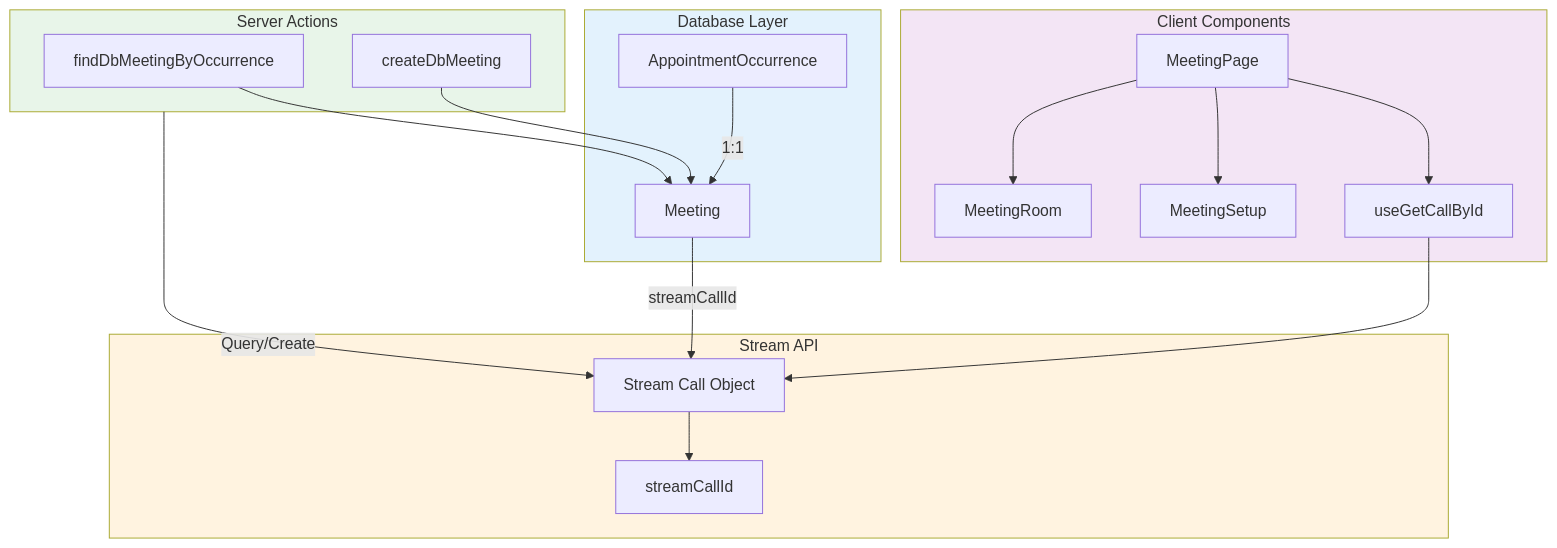
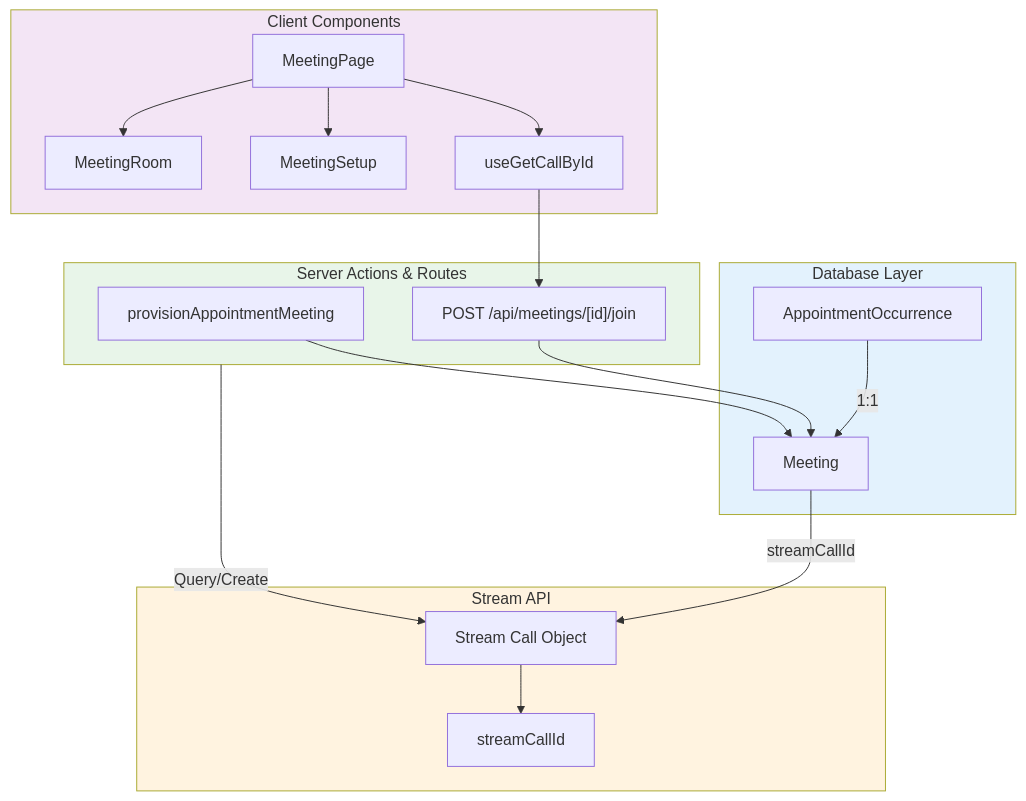
The first of 2 diagrams in docs/stream/05-video-implementation.md (Practitionist/familiarise_web), drawn with Mermaid before and after one commit. The commit also changed other lines of this file and 34 other files, not shown here.

````diff
--- a/docs/stream/05-video-implementation.md
+++ b/docs/stream/05-video-implementation.md
@@ -50,41 +53,41 @@
 ```mermaid
 graph TB
     subgraph Database["Database Layer"]
         Slot[AppointmentOccurrence]
         Meeting[Meeting]
         Slot -->|1:1| Meeting
     end
 
-    subgraph Server["Server Actions"]
-        Find[findDbMeetingByOccurrence]
-        Create[createDbMeeting]
-        Find --> Meeting
-        Create --> Meeting
+    subgraph Server["Server Actions & Routes"]
+        Provision[provisionAppointmentMeeting]
+        JoinRoute["POST /api/meetings/[id]/join"]
+        Provision --> Meeting
+        JoinRoute --> Meeting
     end
 
     subgraph StreamAPI["Stream API"]
         Call[Stream Call Object]
         CallID[streamCallId]
         Call --> CallID
     end
 
     subgraph Client["Client Components"]
         Page[MeetingPage]
         Hook[useGetCallById]
         Setup[MeetingSetup]
         Room[MeetingRoom]
 
         Page --> Hook
-        Hook --> Call
+        Hook --> JoinRoute
         Page --> Setup
         Page --> Room
     end
 
     Meeting -->|streamCallId| Call
     Server -->|Query/Create| Call
 
     style Database fill:#e3f2fd
     style Server fill:#e8f5e9
     style StreamAPI fill:#fff3e0
     style Client fill:#f3e5f5
 ```
````
